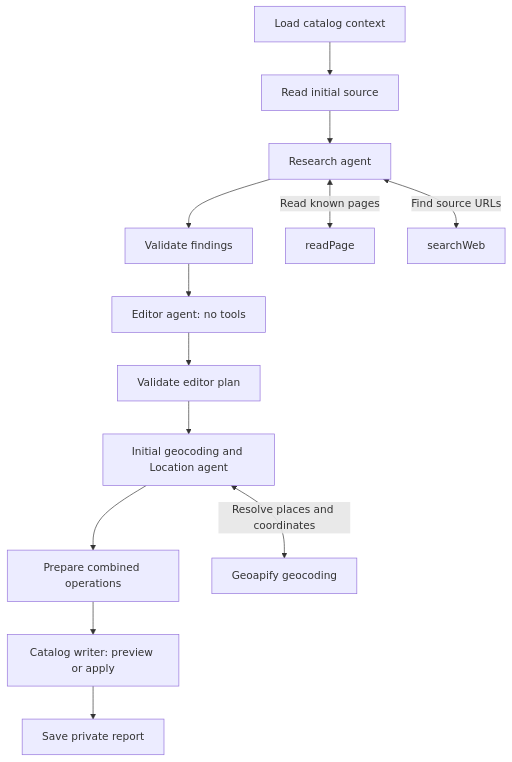
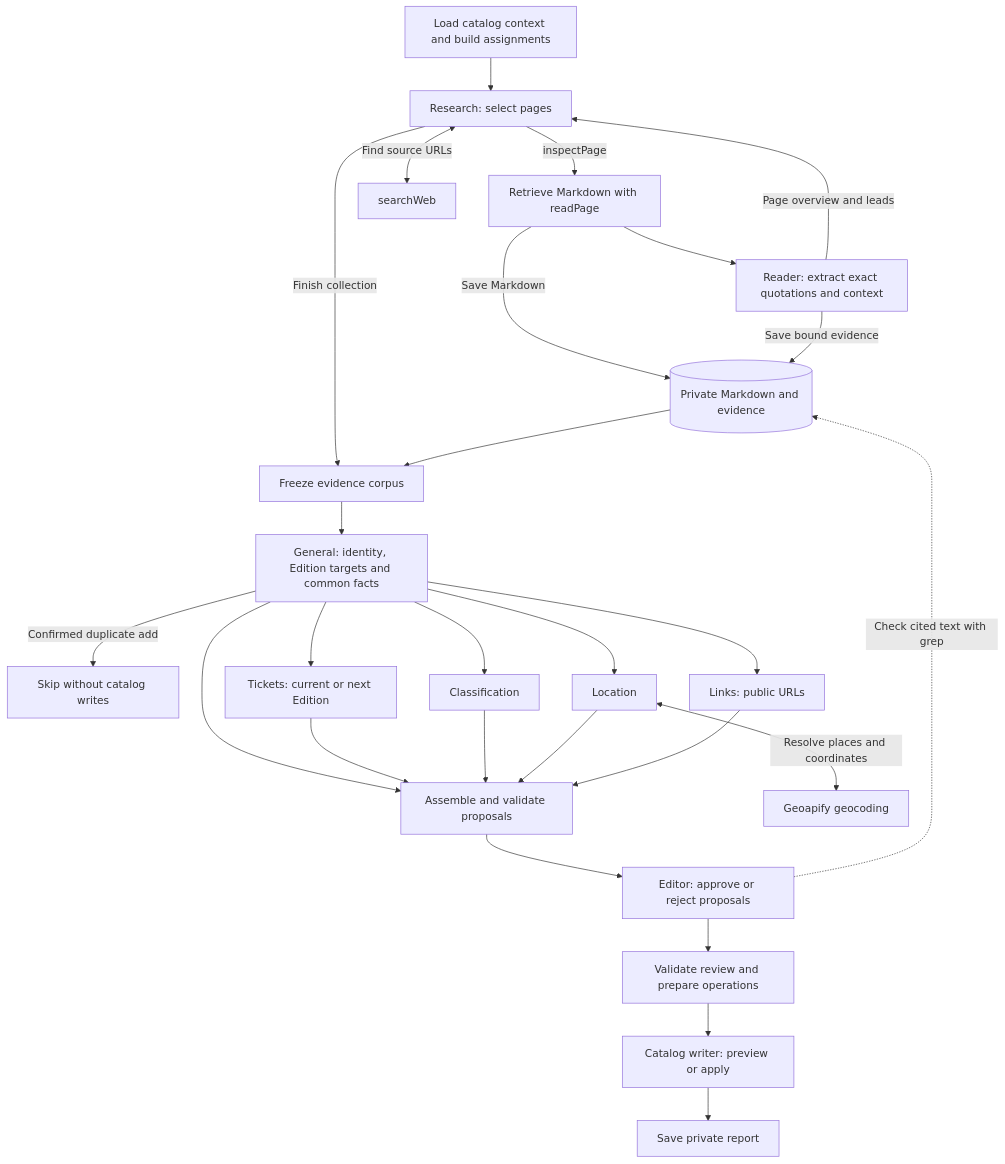
Before and after one commit to alex-karo/eventroam: the second of 2 diagrams in README.md, drawn with Mermaid. The commit also changed other lines of this file and 266 other files, not shown here.

Commit message:
docs(ingestion): plan shared source evidence workflow (#78)

````diff
--- a/README.md
+++ b/README.md
@@ -41,16 +45,29 @@
 ```mermaid
 flowchart TD
-    Context[Load catalog context] --> Initial[Read initial source]
-    Initial --> Research[Research agent]
-    Research --> Validate[Validate findings]
-    Validate --> Editor[Editor agent: no tools]
-    Editor --> Plan[Validate editor plan]
-    Plan --> Location[Initial geocoding and Location agent]
-    Location --> Prepare[Prepare combined operations]
+    Context[Load catalog context and build assignments] --> Research[Research: select pages]
+    Research -->|inspectPage| Read[Retrieve Markdown with readPage]
+    Read --> Reader[Reader: extract exact quotations and context]
+    Reader -->|Page overview and leads| Research
+    Research <-->|Find source URLs| Search[searchWeb]
+    Read -->|Save Markdown| Corpus[(Private Markdown and evidence)]
+    Reader -->|Save bound evidence| Corpus
+    Research -->|Finish collection| Freeze[Freeze evidence corpus]
+    Corpus --> Freeze
+    Freeze --> General[General: identity, Edition targets and common facts]
+    General -->|Confirmed duplicate add| Skip[Skip without catalog writes]
+    General --> Tickets[Tickets: current or next Edition]
+    General --> Classification[Classification]
+    General --> Location[Location]
+    General --> Links[Links: public URLs]
+    General --> Assemble[Assemble and validate proposals]
+    Tickets --> Assemble
+    Classification --> Assemble
+    Location --> Assemble
+    Links --> Assemble
+    Location <-->|Resolve places and coordinates| Geo[Geoapify geocoding]
+    Assemble --> Editor[Editor: approve or reject proposals]
+    Editor -.->|Check cited text with grep| Corpus
+    Editor --> Prepare[Validate review and prepare operations]
     Prepare --> Writer[Catalog writer: preview or apply]
     Writer --> Report[Save private report]
-
-    Research <-->|Read known pages| Read[readPage]
-    Research <-->|Find source URLs| Search[searchWeb]
-    Location <-->|Resolve places and coordinates| Geo[Geoapify geocoding]
 ```
````
